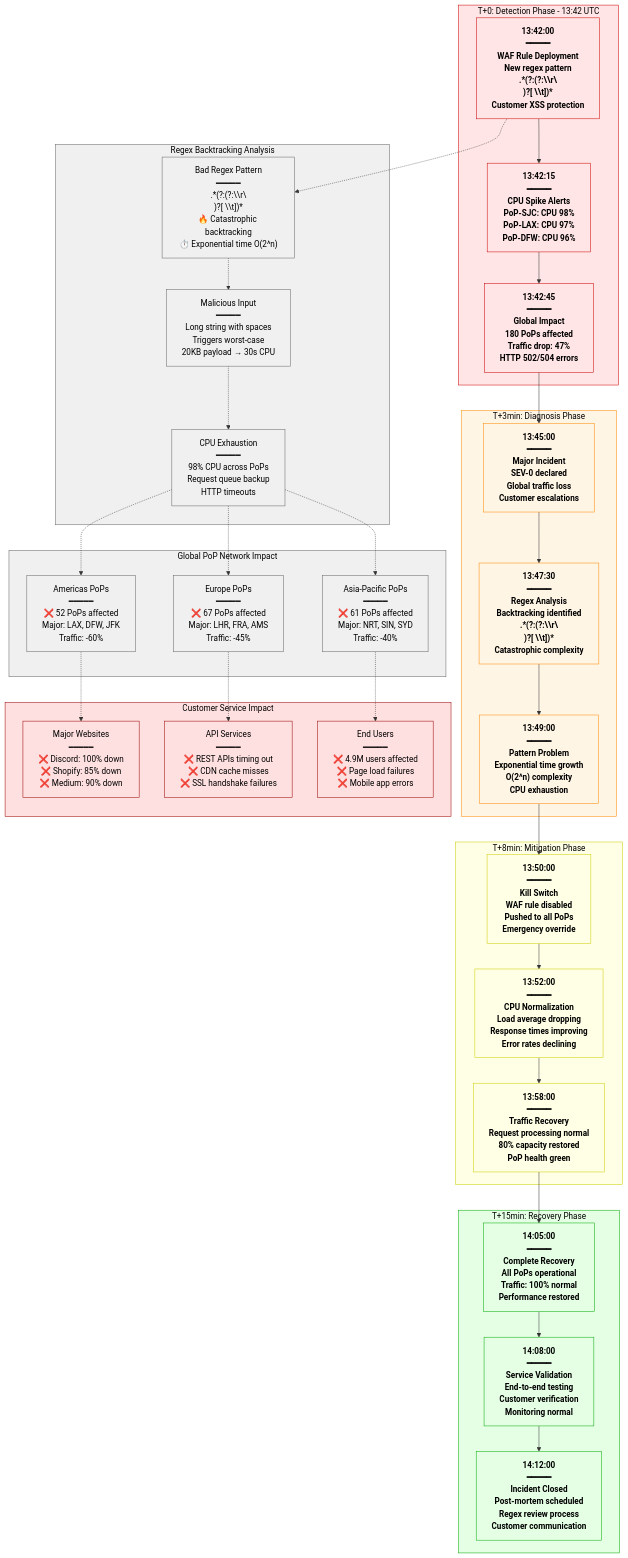
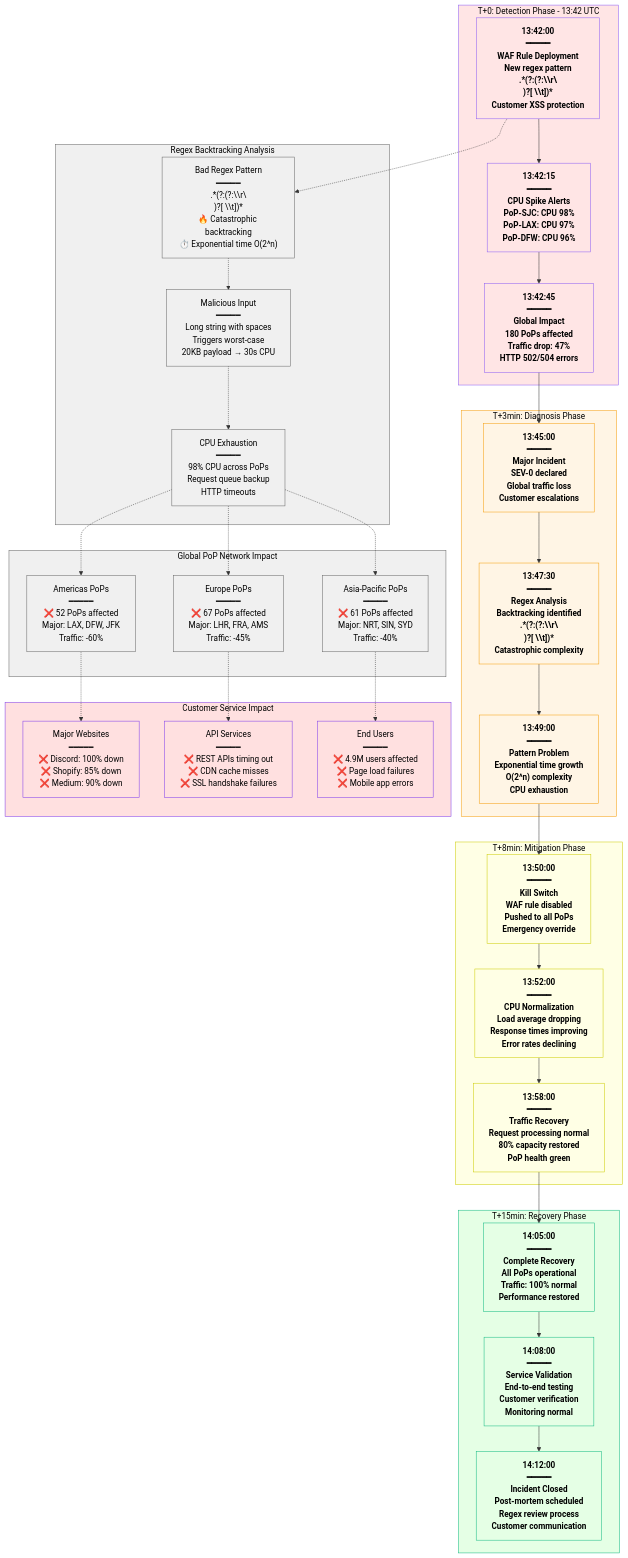
One commit to deepaucksharma/DS changed the first of 2 diagrams in site/docs/incidents/cloudflare-2019.md. Above: the diagram before and after it, drawn with Mermaid. The commit also changed other lines of this file and 303 other files, not shown here.

````diff
--- a/site/docs/incidents/cloudflare-2019.md
+++ b/site/docs/incidents/cloudflare-2019.md
@@ -18,7 +18,7 @@
 ```mermaid
 graph TB
     subgraph Detection["T+0: Detection Phase - 13:42 UTC"]
-        style Detection fill:#FFE5E5,stroke:#CC0000,color:#000
+        style Detection fill:#FFE5E5,stroke:#8B5CF6,color:#000
 
         Start["13:42:00<br/>━━━━━<br/>WAF Rule Deployment<br/>New regex pattern<br/>.*(?:(?:\\r\\n)?[ \\t])*<br/>Customer XSS protection"]
 
@@ -28,7 +28,7 @@
     end
 
     subgraph Diagnosis["T+3min: Diagnosis Phase"]
-        style Diagnosis fill:#FFF5E5,stroke:#FF8800,color:#000
+        style Diagnosis fill:#FFF5E5,stroke:#F59E0B,color:#000
 
         Incident["13:45:00<br/>━━━━━<br/>Major Incident<br/>SEV-0 declared<br/>Global traffic loss<br/>Customer escalations"]
 
@@ -48,7 +48,7 @@
     end
 
     subgraph Recovery["T+15min: Recovery Phase"]
-        style Recovery fill:#E5FFE5,stroke:#00AA00,color:#000
+        style Recovery fill:#E5FFE5,stroke:#10B981,color:#000
 
         FullTraffic["14:05:00<br/>━━━━━<br/>Complete Recovery<br/>All PoPs operational<br/>Traffic: 100% normal<br/>Performance restored"]
 
@@ -81,7 +81,7 @@
 
     %% Customer Impact
     subgraph CustomerImpact["Customer Service Impact"]
-        style CustomerImpact fill:#FFE0E0,stroke:#990000,color:#000
+        style CustomerImpact fill:#FFE0E0,stroke:#7C3AED,color:#000
 
         WebsitesDown["Major Websites<br/>━━━━━<br/>❌ Discord: 100% down<br/>❌ Shopify: 85% down<br/>❌ Medium: 90% down"]
 
@@ -115,13 +115,13 @@
     AsiaPac -.-> EndUsers
 
     %% Apply timeline colors
-    classDef detectStyle fill:#FFE5E5,stroke:#CC0000,color:#000,font-weight:bold
-    classDef diagnoseStyle fill:#FFF5E5,stroke:#FF8800,color:#000,font-weight:bold
+    classDef detectStyle fill:#FFE5E5,stroke:#8B5CF6,color:#000,font-weight:bold
+    classDef diagnoseStyle fill:#FFF5E5,stroke:#F59E0B,color:#000,font-weight:bold
     classDef mitigateStyle fill:#FFFFE5,stroke:#CCCC00,color:#000,font-weight:bold
-    classDef recoverStyle fill:#E5FFE5,stroke:#00AA00,color:#000,font-weight:bold
+    classDef recoverStyle fill:#E5FFE5,stroke:#10B981,color:#000,font-weight:bold
     classDef regexStyle fill:#F0F0F0,stroke:#666666,color:#000
     classDef globalStyle fill:#F0F0F0,stroke:#666666,color:#000
-    classDef customerStyle fill:#FFE0E0,stroke:#990000,color:#000
+    classDef customerStyle fill:#FFE0E0,stroke:#7C3AED,color:#000
 
     class Start,Alert1,Alert2 detectStyle
     class Incident,RootCause,RegexIssue diagnoseStyle
````
